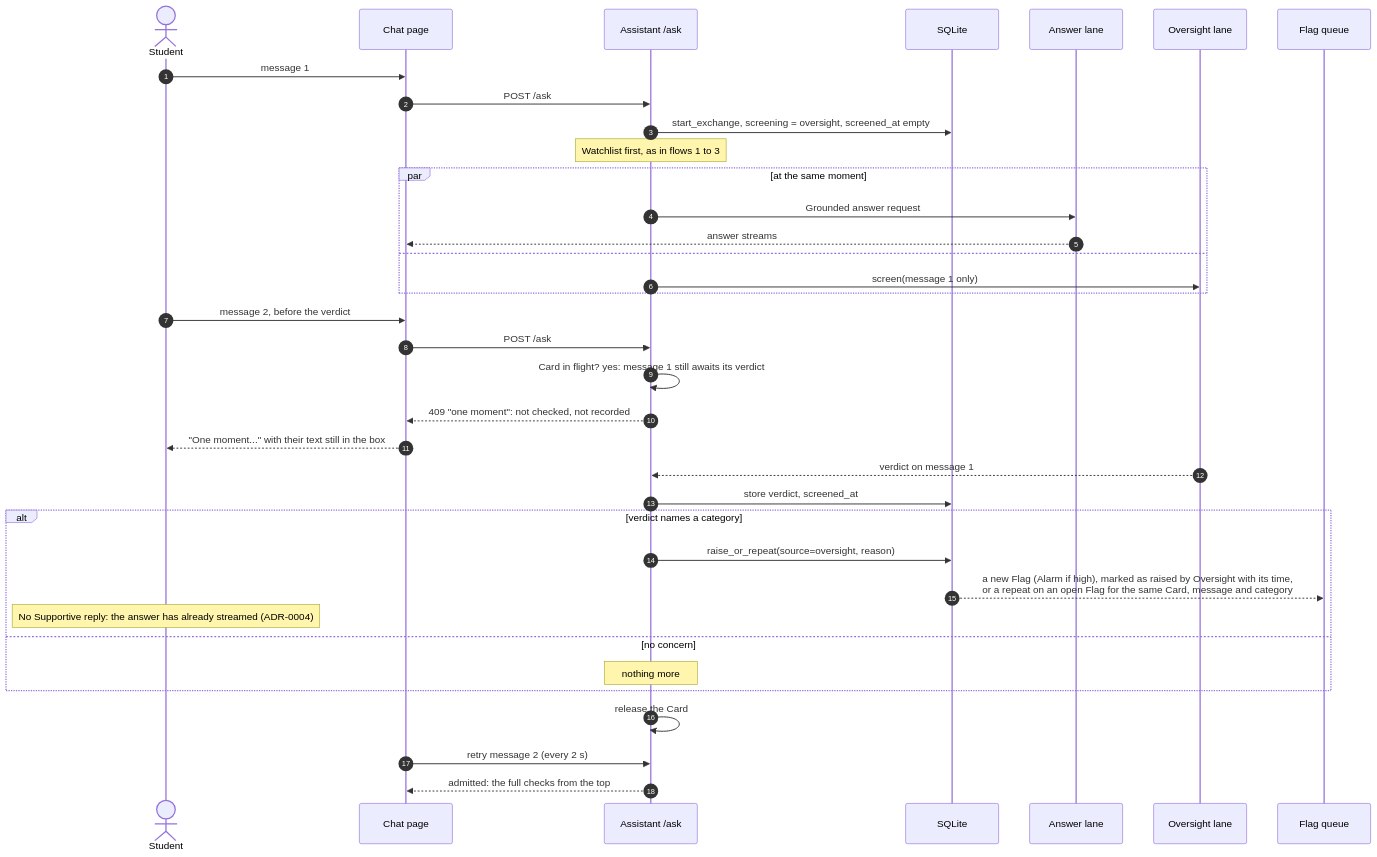
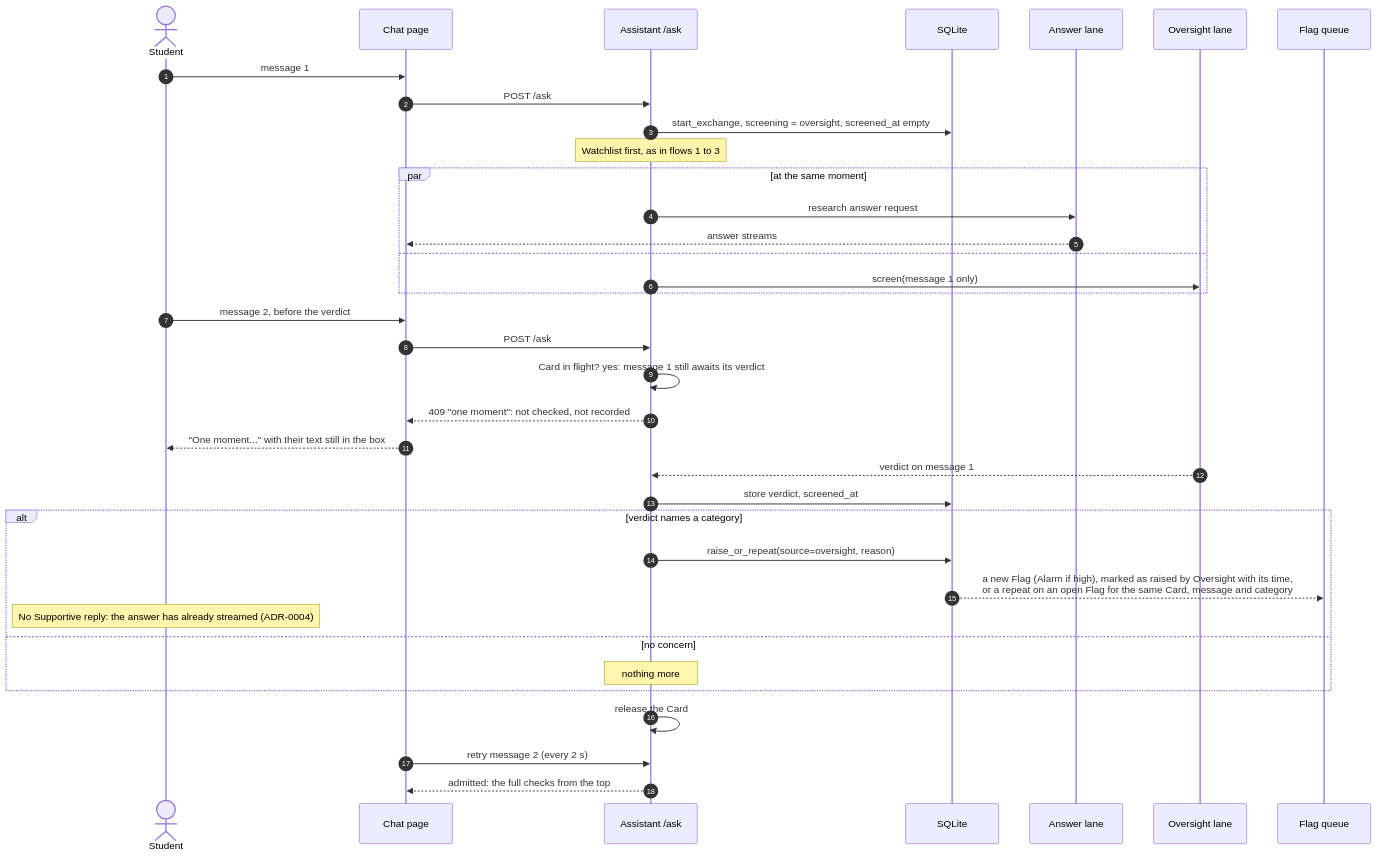
One commit to imkarrer/library-ai-lab changed the fifth of 7 diagrams in docs/design/student-message-flow.md. Above: the diagram before and after it, drawn with Mermaid. The commit also changed other lines of this file and 7 other files, not shown here.

````diff
--- a/docs/design/student-message-flow.md
+++ b/docs/design/student-message-flow.md
@@ -166,39 +196,39 @@
 ```mermaid
 sequenceDiagram
     autonumber
     actor S as Student
     participant P as Chat page
     participant A as Assistant /ask
     participant DB as SQLite
     participant AL as Answer lane
     participant OL as Oversight lane
     participant FQ as Flag queue
 
     S->>P: message 1
     P->>A: POST /ask
     A->>DB: start_exchange, screening = oversight, screened_at empty
     Note over A: Watchlist first, as in flows 1 to 3
     par at the same moment
-        A->>AL: Grounded answer request
+        A->>AL: research answer request
         AL-->>P: answer streams
     and
         A->>OL: screen(message 1 only)
     end
     S->>P: message 2, before the verdict
     P->>A: POST /ask
     A->>A: Card in flight? yes: message 1 still awaits its verdict
     A-->>P: 409 "one moment": not checked, not recorded
     P-->>S: "One moment..." with their text still in the box
     OL-->>A: verdict on message 1
     A->>DB: store verdict, screened_at
     alt verdict names a category
         A->>DB: raise_or_repeat(source=oversight, reason)
         DB-->>FQ: a new Flag (Alarm if high), marked as raised by Oversight with its time,<br/>or a repeat on an open Flag for the same Card, message and category
         Note over S: No Supportive reply: the answer has already streamed (ADR-0004)
     else no concern
         Note over A: nothing more
     end
     A->>A: release the Card
     P->>A: retry message 2 (every 2 s)
     A-->>P: admitted: the full checks from the top
 ```
````
